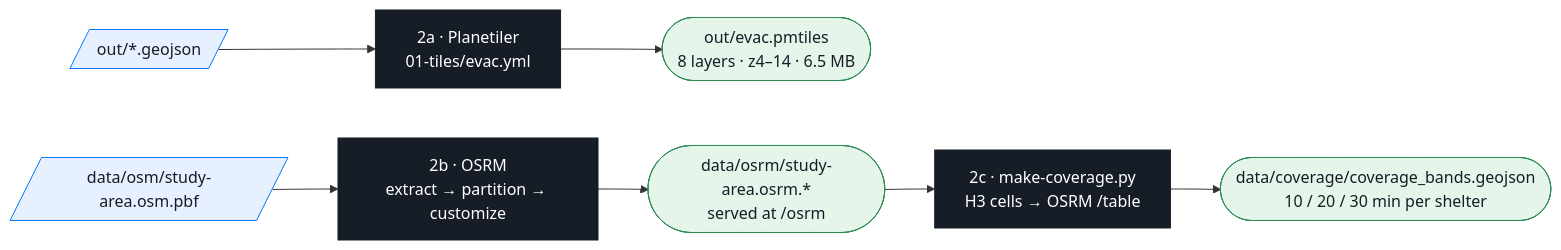
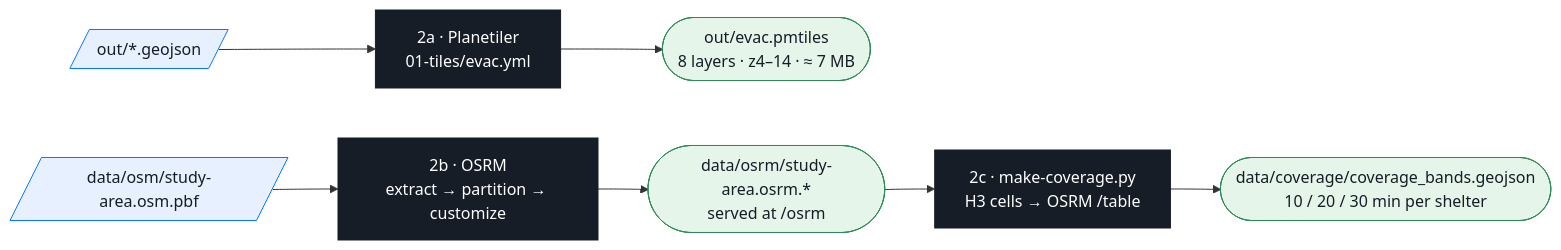
Before and after one commit to vishal4c/routes-to-safety-workshop: the fourth of 6 diagrams in README.md, drawn with Mermaid. The commit also changed other lines of this file and 1 other file, not shown here.

````diff
--- a/README.md
+++ b/README.md
@@ -155,17 +162,17 @@
 ```mermaid
 flowchart LR
   classDef file fill:#E6F0FF,stroke:#0678FF,color:#161D26
   classDef tool fill:#161D26,stroke:#161D26,color:#FFFFFF
   classDef chk  fill:#E6F5EA,stroke:#2E8B57,color:#161D26
 
   GJ[/"out/*.geojson"/]:::file
   PT["2a · Planetiler<br/>01-tiles/evac.yml"]:::tool
-  PM(["out/evac.pmtiles<br/>8 layers · z4–14 · 6.5 MB"]):::chk
+  PM(["out/evac.pmtiles<br/>8 layers · z4–14 · ≈ 7 MB"]):::chk
   PBF[/"data/osm/study-area.osm.pbf"/]:::file
   OS["2b · OSRM<br/>extract → partition → customize"]:::tool
   GR(["data/osrm/study-area.osrm.*<br/>served at /osrm"]):::chk
   H3["2c · make-coverage.py<br/>H3 cells → OSRM /table"]:::tool
   CB(["data/coverage/coverage_bands.geojson<br/>10 / 20 / 30 min per shelter"]):::chk
   GJ --> PT --> PM
   PBF --> OS --> GR --> H3 --> CB
 ```
````
